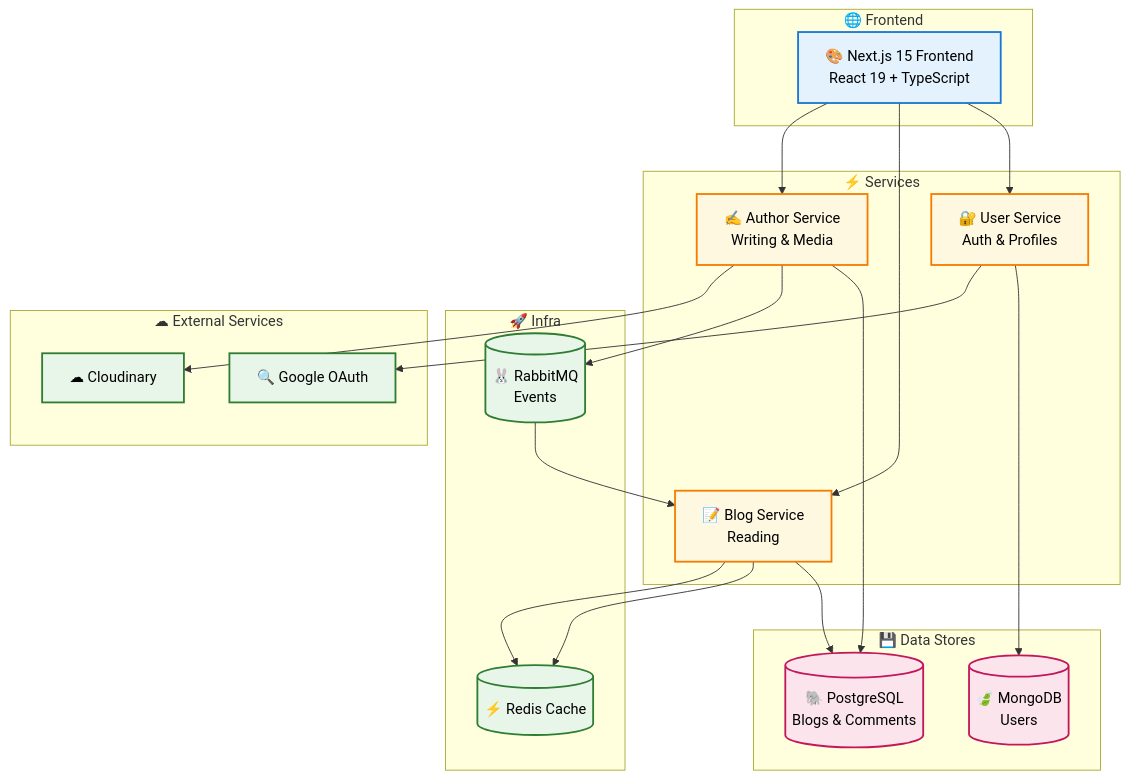
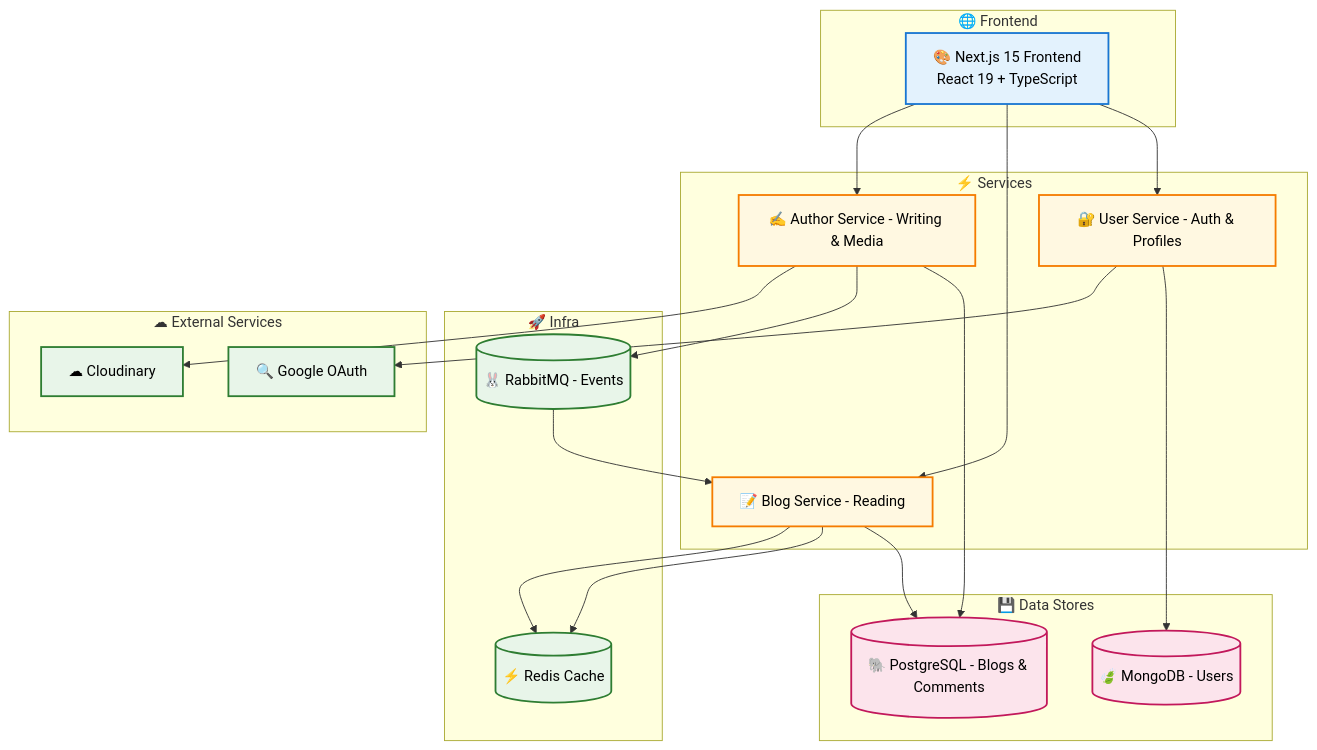
The diagram in README.md (sajjad6ansari/Blog-App-Microservices-frontend), drawn with Mermaid before and after one commit.

Commit message:
Update service and data store descriptions in README

````diff
--- a/README.md
+++ b/README.md
@@ -56,60 +56,60 @@
 ```mermaid
 graph TB
   %% Layers
   subgraph FE[🌐 Frontend]
     APP[🎨 Next.js 15 Frontend\nReact 19 + TypeScript]
   end
 
   subgraph SVCS[⚡ Services]
-    US[🔐 User Service\nAuth & Profiles]
-    AS[✍️ Author Service\nWriting & Media]
-    BS[📝 Blog Service\nReading]
+    US[🔐 User Service - Auth & Profiles]
+    AS[✍️ Author Service - Writing & Media]
+    BS[📝 Blog Service - Reading]
   end
 
   subgraph DATA[💾 Data Stores]
-    MONGO[(🍃 MongoDB\nUsers)]
-    PG[(🐘 PostgreSQL\nBlogs & Comments)]
+    MONGO[(🍃 MongoDB - Users)]
+    PG[(🐘 PostgreSQL - Blogs & Comments)]
   end
 
   subgraph INFRA[🚀 Infra]
     REDIS[(⚡ Redis Cache)]
-    RABBIT[(🐰 RabbitMQ\nEvents)]
+    RABBIT[(🐰 RabbitMQ - Events)]
   end
 
   subgraph EXT[☁ External Services]
     GOOGLE[🔍 Google OAuth]
     CLOUD[☁ Cloudinary]
   end
 
   %% Frontend → Services
   APP --> US
   APP --> BS
   APP --> AS
 
   %% Services → Data
   US --> MONGO
   AS --> PG
   BS --> PG
   BS --> REDIS
 
   %% Events & Caching
   AS --> RABBIT
   RABBIT --> BS
   BS --> REDIS
 
   %% External integrations
   US --> GOOGLE
   AS --> CLOUD
 
   %% Styling (readable contrast)
   classDef fe fill:#e3f2fd,stroke:#1976d2,stroke-width:2px,color:#000
   classDef svc fill:#fff8e1,stroke:#f57c00,stroke-width:2px,color:#000
   classDef data fill:#fce4ec,stroke:#c2185b,stroke-width:2px,color:#000
   classDef infra fill:#e8f5e9,stroke:#2e7d32,stroke-width:2px,color:#000
 
   class APP fe
   class US,AS,BS svc
   class MONGO,PG data
   class REDIS,RABBIT infra
   class GOOGLE,CLOUD infra
 ```
````
